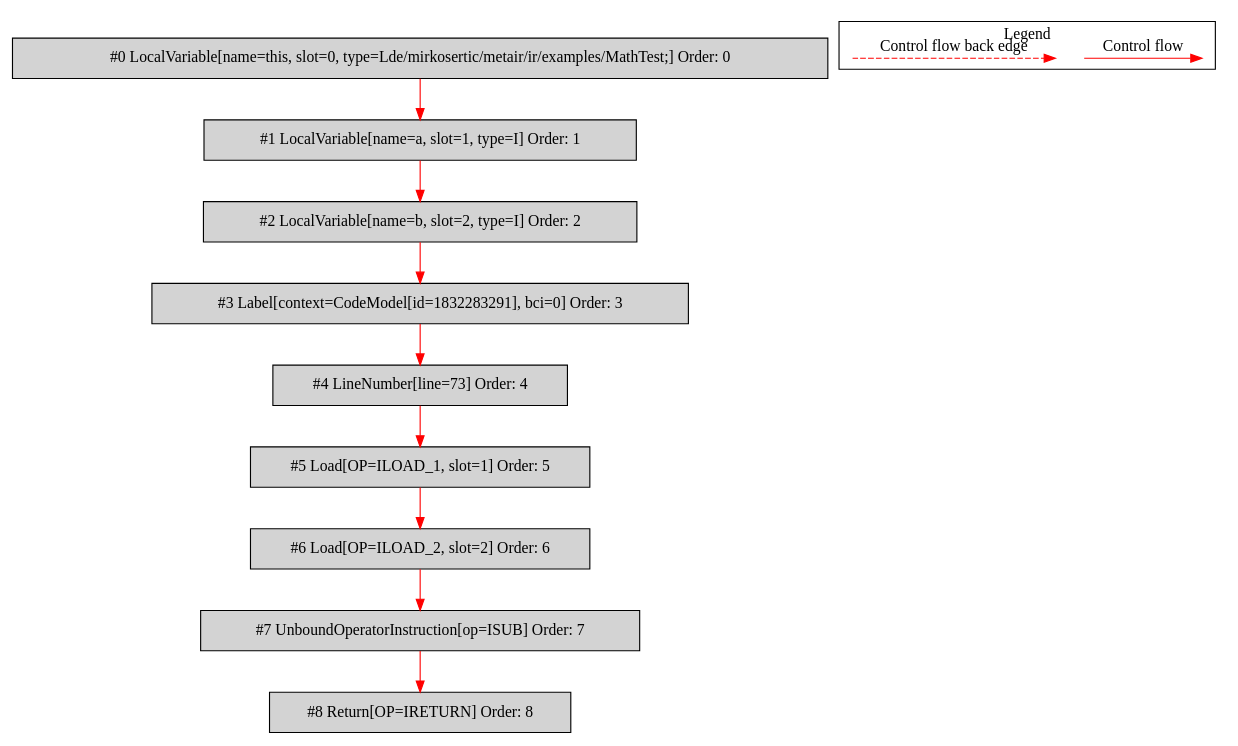
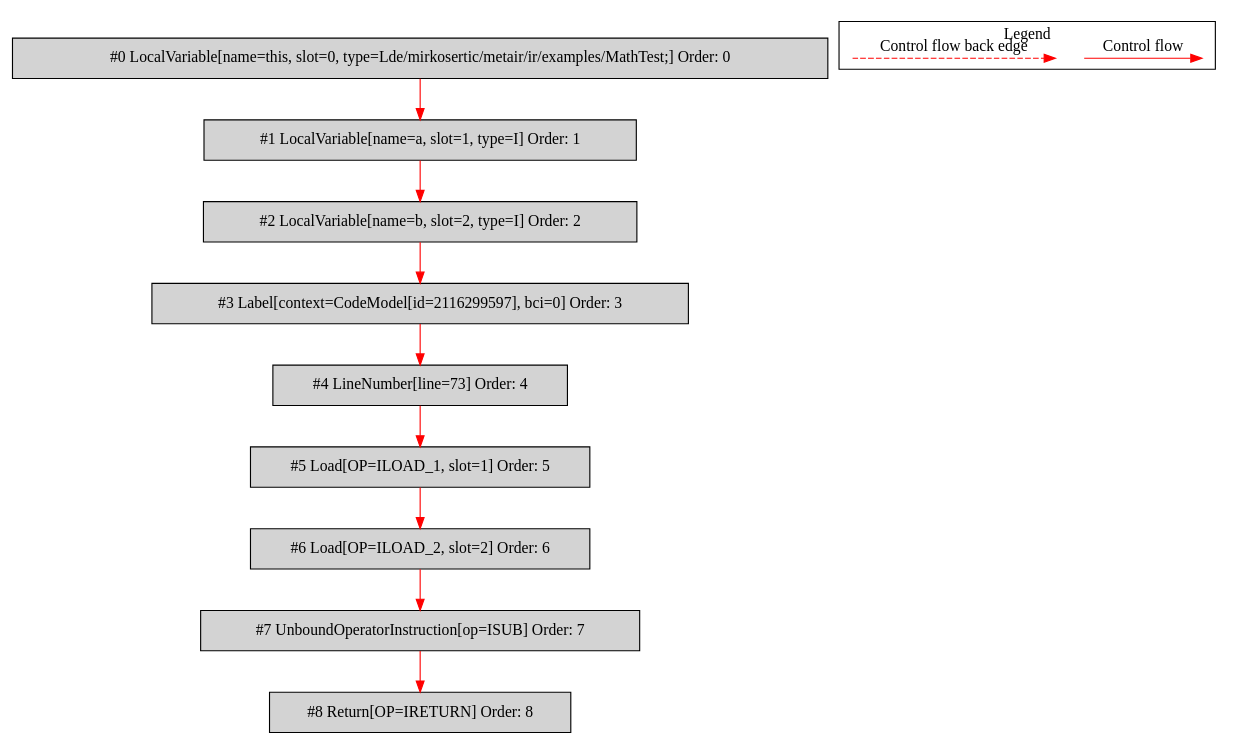
Before and after one commit to mirkosertic/MetaIR: the diagram in de.mirkosertic.metair.ir.examples.MathTest/isub/bytecodecfg.dot, drawn with Graphviz. The commit also changed 688 other files, not shown here.

```diff
--- a/de.mirkosertic.metair.ir.examples.MathTest/isub/bytecodecfg.dot
+++ b/de.mirkosertic.metair.ir.examples.MathTest/isub/bytecodecfg.dot
@@ -1,33 +1,33 @@
 digraph {
  node0[label="#0 LocalVariable[name=this, slot=0, type=Lde/mirkosertic/metair/ir/examples/MathTest;] Order: 0", shape=box, fillcolor=lightgrey, style=filled];
  node1[label="#1 LocalVariable[name=a, slot=1, type=I] Order: 1", shape=box, fillcolor=lightgrey, style=filled];
  node2[label="#2 LocalVariable[name=b, slot=2, type=I] Order: 2", shape=box, fillcolor=lightgrey, style=filled];
- node3[label="#3 Label[context=CodeModel[id=1832283291], bci=0] Order: 3", shape=box, fillcolor=lightgrey, style=filled];
+ node3[label="#3 Label[context=CodeModel[id=2116299597], bci=0] Order: 3", shape=box, fillcolor=lightgrey, style=filled];
  node4[label="#4 LineNumber[line=73] Order: 4", shape=box, fillcolor=lightgrey, style=filled];
  node5[label="#5 Load[OP=ILOAD_1, slot=1] Order: 5", shape=box, fillcolor=lightgrey, style=filled];
  node6[label="#6 Load[OP=ILOAD_2, slot=2] Order: 6", shape=box, fillcolor=lightgrey, style=filled];
  node7[label="#7 UnboundOperatorInstruction[op=ISUB] Order: 7", shape=box, fillcolor=lightgrey, style=filled];
  node8[label="#8 Return[OP=IRETURN] Order: 8", shape=box, fillcolor=lightgrey, style=filled];
  node0 -> node1[color=red];
  node1 -> node2[color=red];
  node2 -> node3[color=red];
  node3 -> node4[color=red];
  node4 -> node5[color=red];
  node5 -> node6[color=red];
  node6 -> node7[color=red];
  node7 -> node8[color=red];
  subgraph cluster_000 {
   label = "Legend";
   node [shape=point]
   {
    rank=same;
    c0 [style = invis];
    c1 [style = invis];
    c2 [style = invis];
    c3 [style = invis];
   }
   c0 -> c1 [label="Control flow", style=solid, color=red]
   c2 -> c3 [label="Control flow back edge", style=dashed, color=red]
  }
 
 }
```
